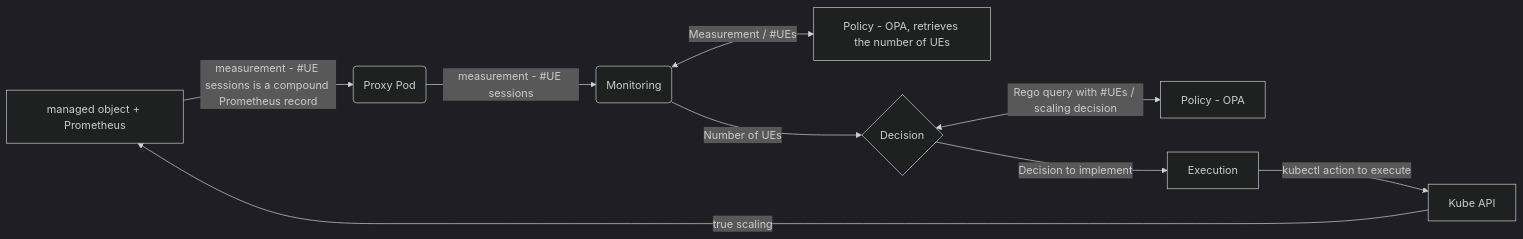
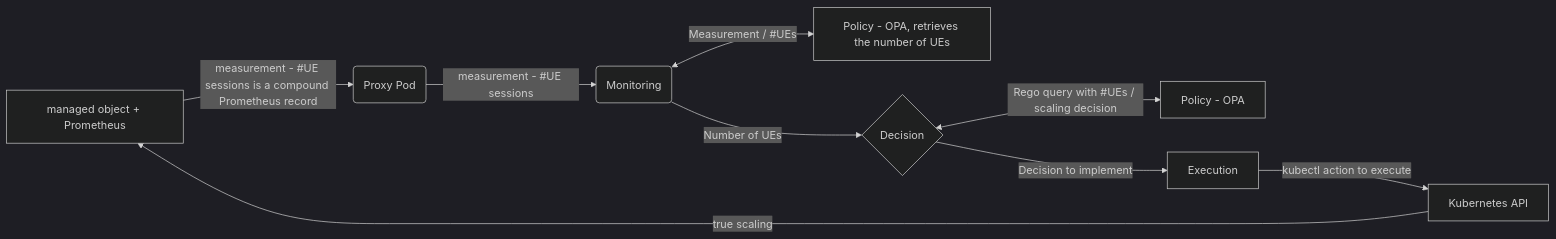
Before and after one commit to dbursztynowski/cl_demo: the diagram in README2.md, drawn with Mermaid (dark theme).

````diff
--- a/README2.md
+++ b/README2.md
@@ -7,11 +7,11 @@
 ```mermaid
 flowchart LR
 M[managed object + Prometheus] -->|measurement - #UE sessions is a compound Prometheus record| X(Proxy Pod)
 X -->|measurement - #UE sessions| A(Monitoring)
 A <-->|Measurement / #UEs| P[Policy - OPA, retrieves the number of UEs]
 A -->|Number of UEs| B{Decision}
 B <-->|Rego query with #UEs / scaling decision| C[Policy - OPA]
 B -->|Decision to implement| D[Execution]
-D -->|kubectl action to execute| K[Kube API]
+D -->|kubectl action to execute| K[Kubernetes API]
 K -->|true scaling| M
 ```
````
